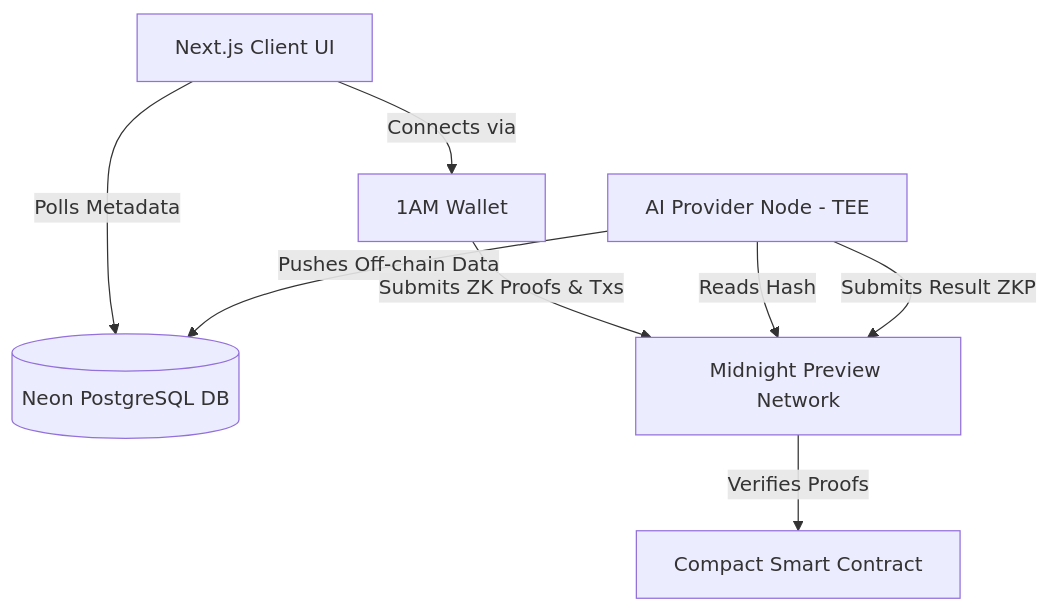
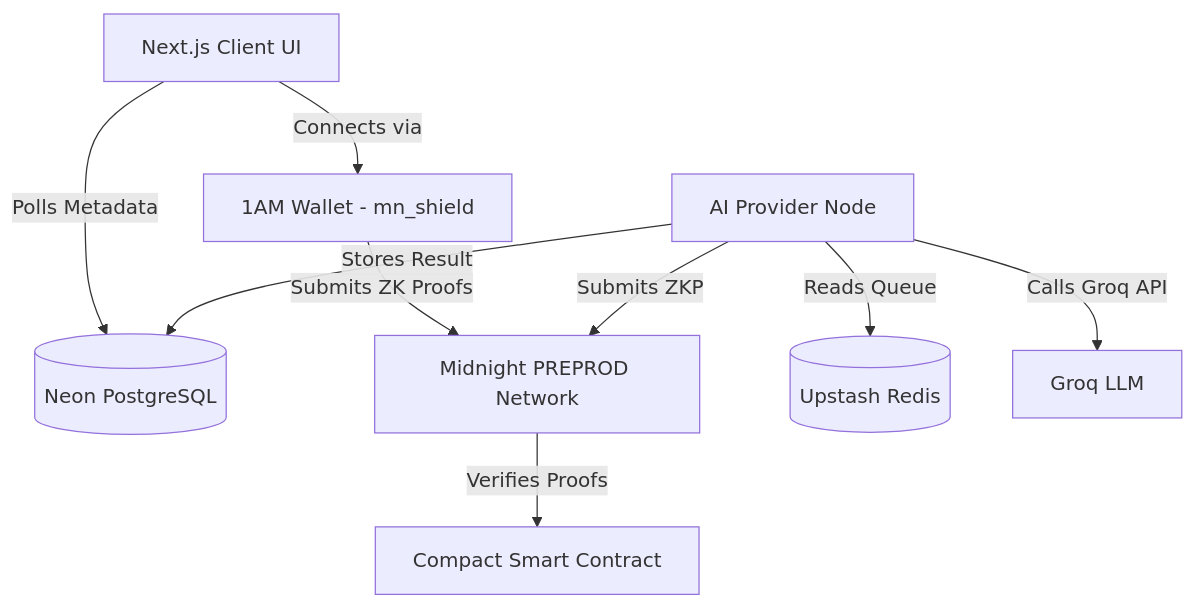
Before and after one commit to debansh001/PrivateInfer: the first of 2 diagrams in README.md, drawn with Mermaid. The commit also changed other lines of this file, not shown here.

Commit message:
feat: update README to reflect Midnight PREPROD network deployment and enhance product description

````diff
--- a/README.md
+++ b/README.md
@@ -133,10 +146,11 @@
 ```mermaid
 graph TD
-    UI[Next.js Client UI] -->|Connects via| Wallet[1AM Wallet]
-    UI -->|Polls Metadata| DB[(Neon PostgreSQL DB)]
-    Wallet -->|Submits ZK Proofs & Txs| Midnight[Midnight Preview Network]
+    UI[Next.js Client UI] -->|Connects via| Wallet[1AM Wallet - mn_shield]
+    UI -->|Polls Metadata| DB[(Neon PostgreSQL)]
+    Wallet -->|Submits ZK Proofs| Midnight[Midnight PREPROD Network]
     Midnight -->|Verifies Proofs| SC[Compact Smart Contract]
-    ProviderNode[AI Provider Node - TEE] -->|Reads Hash| Midnight
-    ProviderNode -->|Pushes Off-chain Data| DB
-    ProviderNode -->|Submits Result ZKP| Midnight
+    ProviderNode[AI Provider Node] -->|Reads Queue| Redis[(Upstash Redis)]
+    ProviderNode -->|Calls Groq API| Groq[Groq LLM]
+    ProviderNode -->|Stores Result| DB
+    ProviderNode -->|Submits ZKP| Midnight
 ```
````
